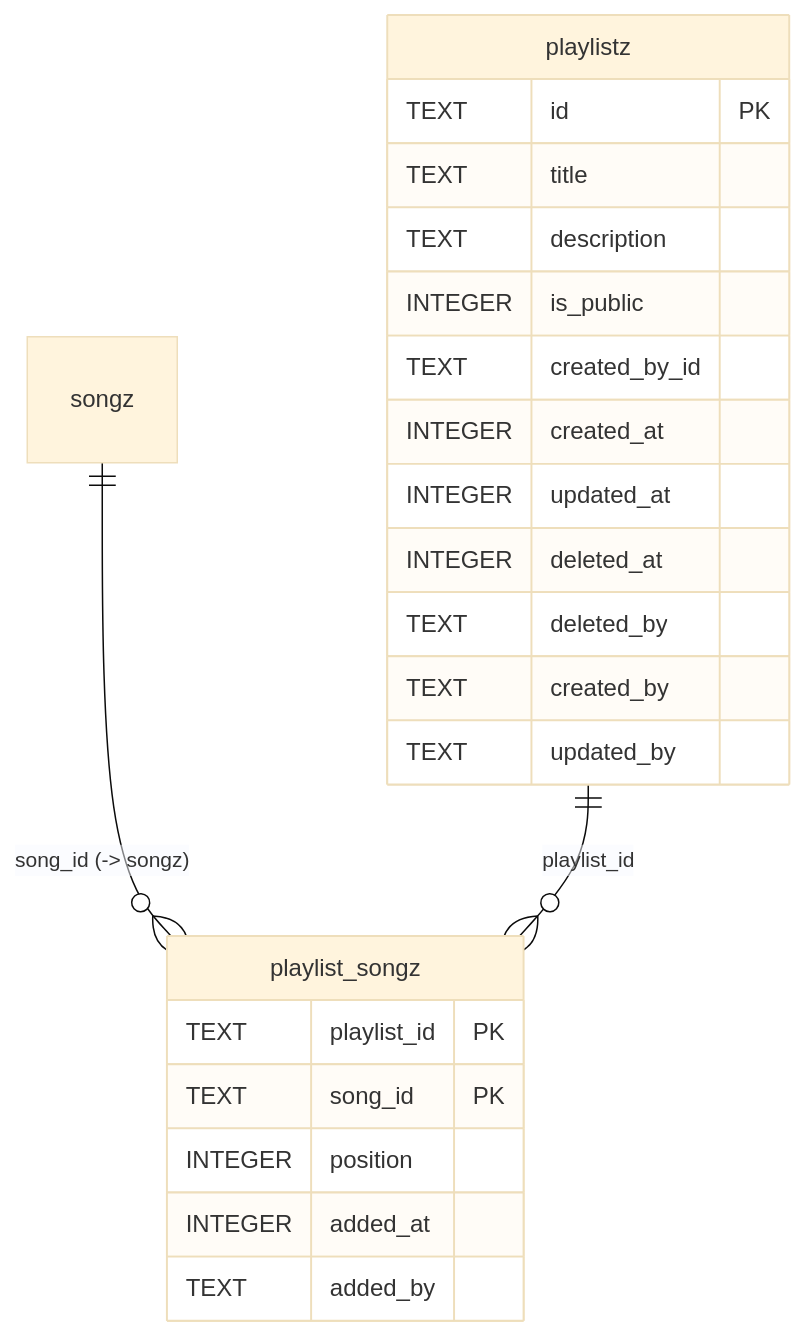
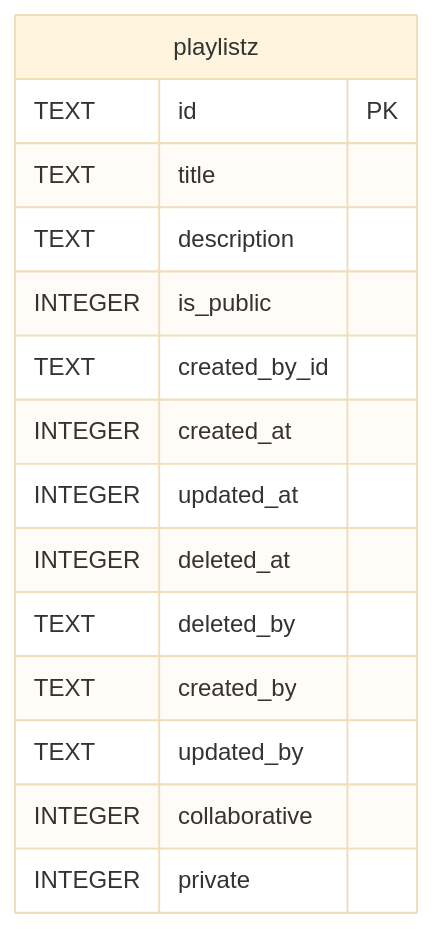
Before and after one commit to freqhole/tomb: the third of 22 diagrams in freqhole.net/src/content/docs/concepts/database.mdx, drawn with Mermaid (base theme). The commit also changed other lines of this file and 22 other files, not shown here.

````diff
--- a/freqhole.net/src/content/docs/concepts/database.mdx
+++ b/freqhole.net/src/content/docs/concepts/database.mdx
@@ -234,25 +239,18 @@
 ```mermaid
 erDiagram
   playlistz {
     TEXT id PK
     TEXT title
     TEXT description
     INTEGER is_public
     TEXT created_by_id
     INTEGER created_at
     INTEGER updated_at
     INTEGER deleted_at
     TEXT deleted_by
     TEXT created_by
     TEXT updated_by
+    INTEGER collaborative
+    INTEGER private
   }
-  playlist_songz {
-    TEXT playlist_id PK
-    TEXT song_id PK
-    INTEGER position
-    INTEGER added_at
-    TEXT added_by
-  }
-  songz ||--o{ playlist_songz : "song_id (-> songz)"
-  playlistz ||--o{ playlist_songz : "playlist_id"
 ```
````
